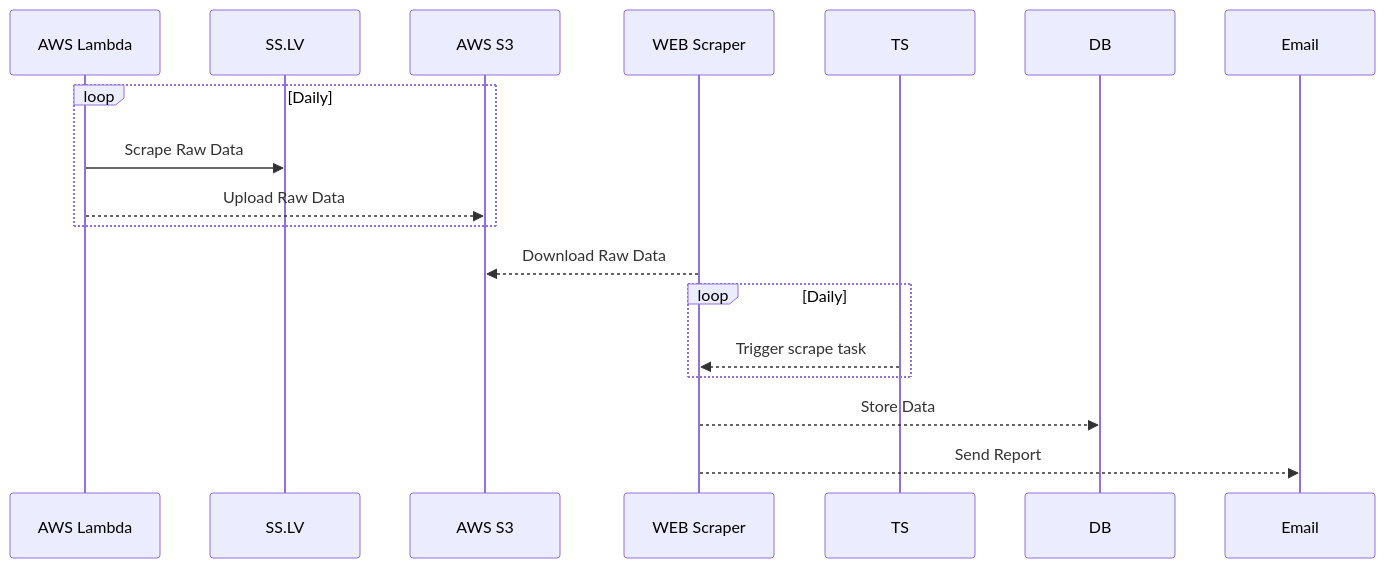
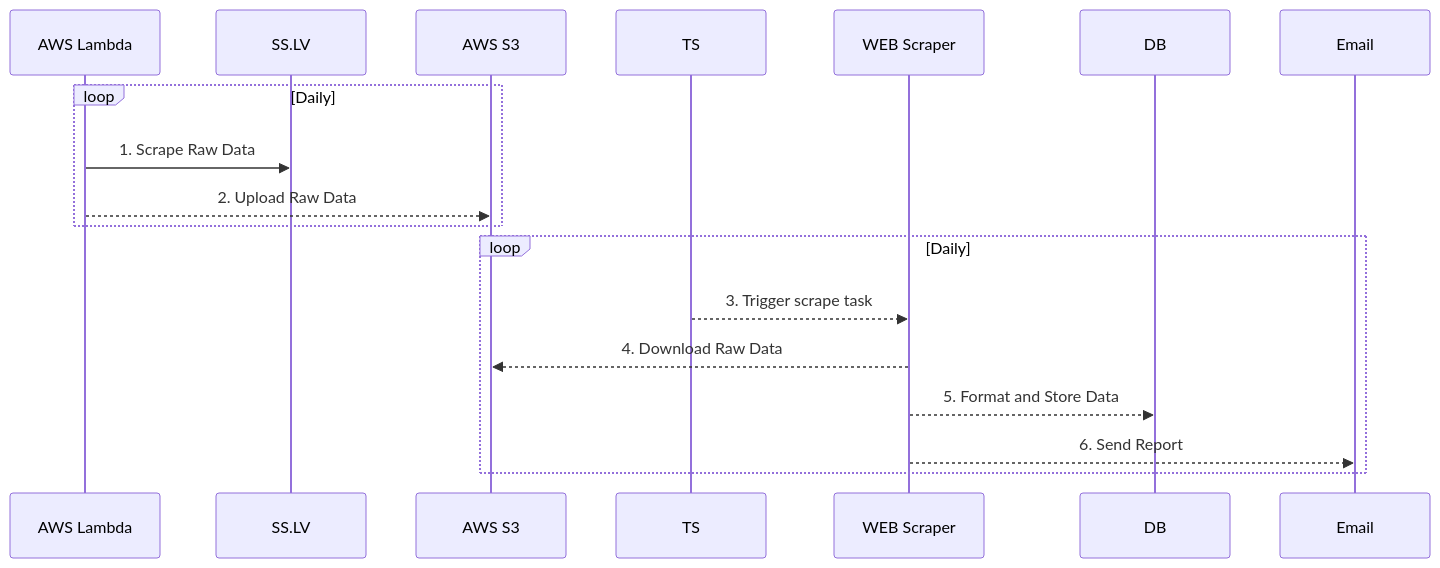
Before and after one commit to vfedotovs/sslv_web_scraper: the diagram in docs/architechture.md, drawn with Mermaid.

````diff
--- a/docs/architechture.md
+++ b/docs/architechture.md
@@ -4,14 +4,14 @@
 ```mermaid
 sequenceDiagram
 loop Daily
-  AWS Lambda->>SS.LV: Scrape Raw Data
-  AWS Lambda-->>AWS S3: Upload Raw Data
+  AWS Lambda->>SS.LV: 1. Scrape Raw Data
+  AWS Lambda-->>AWS S3: 2. Upload Raw Data
 end
-WEB Scraper-->>AWS S3: Download Raw Data
 loop Daily
-  TS-->>WEB Scraper: Trigger scrape task
+  TS-->>WEB Scraper:3. Trigger scrape task
+  WEB Scraper-->>AWS S3: 4. Download Raw Data
+  WEB Scraper-->>DB: 5. Format and Store Data
+  WEB Scraper-->>Email: 6. Send Report
 end
-WEB Scraper-->>DB: Store Data
-WEB Scraper-->>Email: Send Report
 
 ```
````
